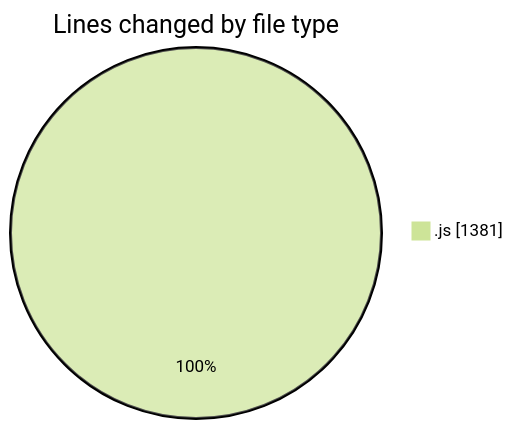
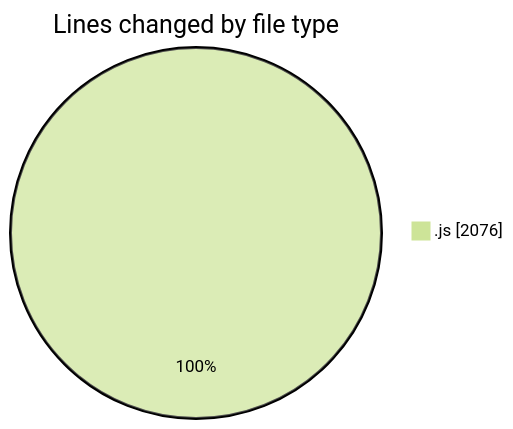
One commit to nxtqubesakshisongat/code-tracking changed the first of 2 diagrams in 2025-09-08/cashcalculator/README.md. Above: the diagram before and after it, drawn with Mermaid (forest theme). The commit also changed other lines of this file and 1 other file, not shown here.

````diff
--- a/2025-09-08/cashcalculator/README.md
+++ b/2025-09-08/cashcalculator/README.md
@@ -20,5 +20,5 @@
 ```mermaid
 pie showData
 title Lines changed by file type
-".js" : 1381
+".js" : 2076
 ```
````
